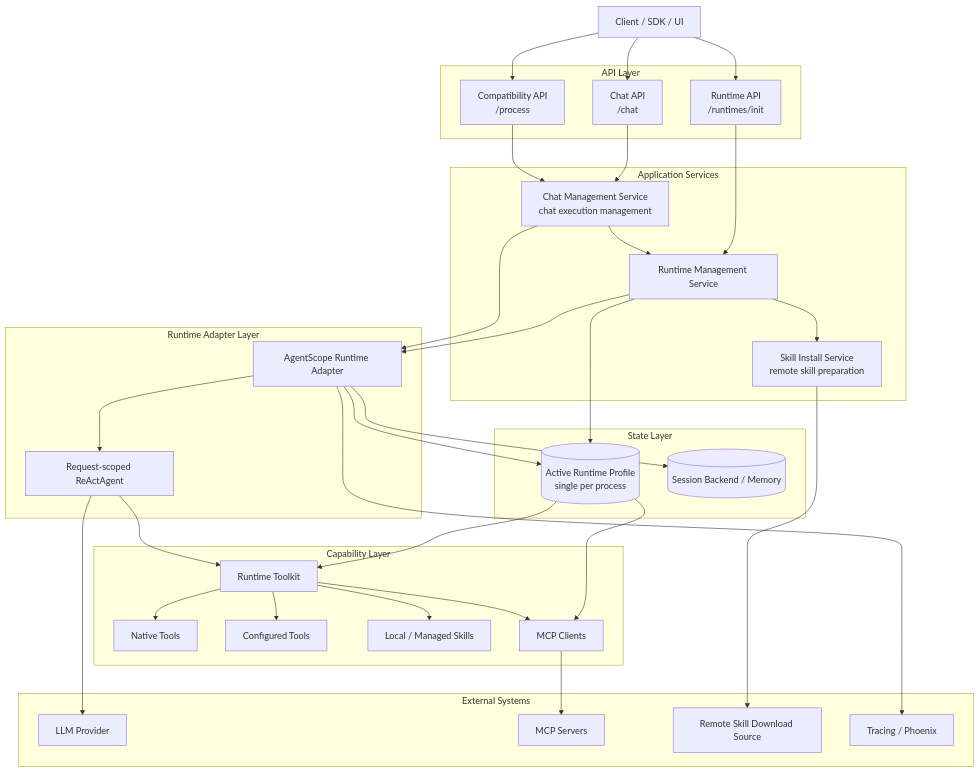
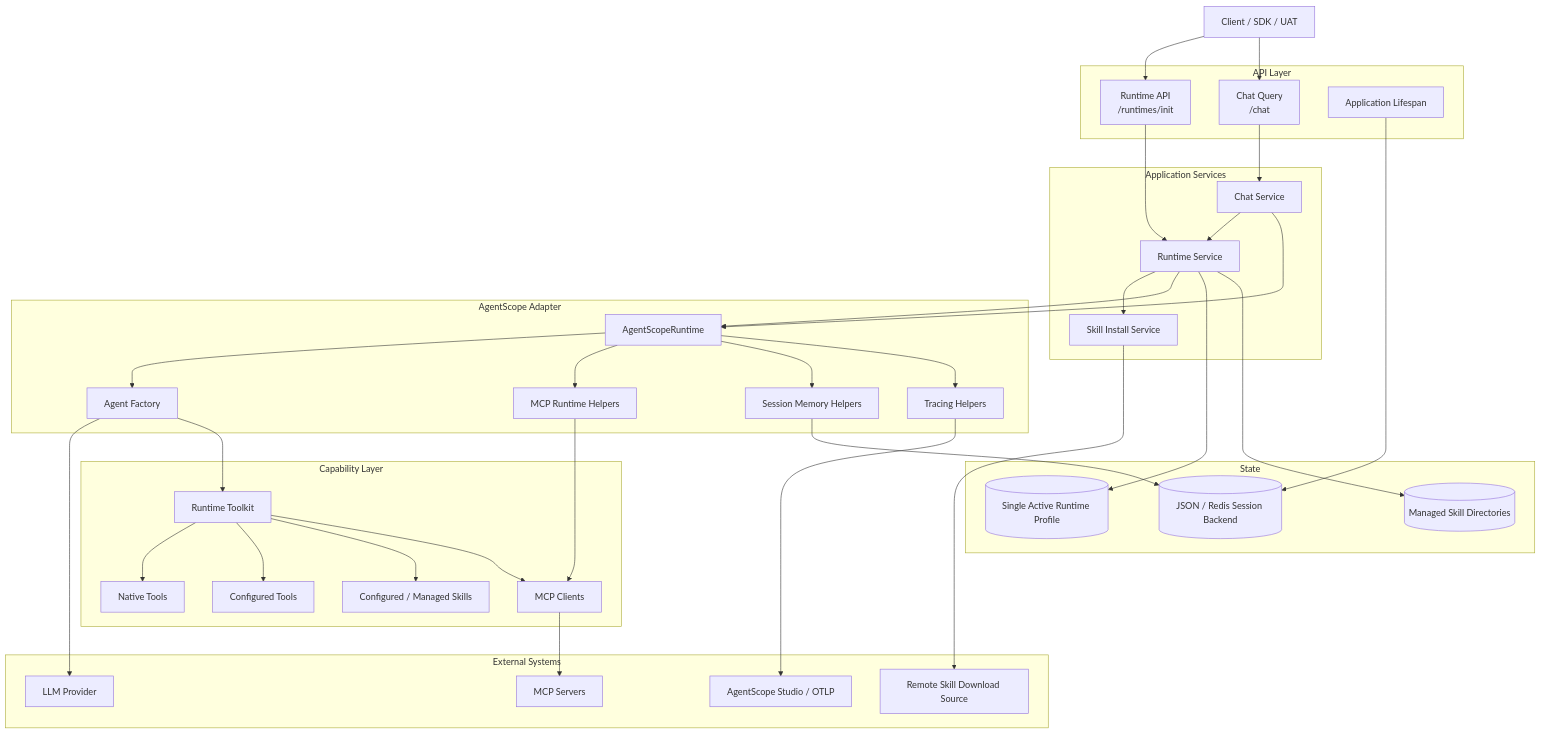
Before and after one commit to mooneclipsed/myagent: the first of 4 diagrams in docs/architecture.md, drawn with Mermaid. The commit also changed other lines of this file and 3 other files, not shown here.

Commit message:
docs: align runtime architecture

````diff
--- a/docs/architecture.md
+++ b/docs/architecture.md
@@ -9,73 +7,77 @@
 ```mermaid
 flowchart TD
-    Client[Client / SDK / UI]
+    Client[Client / SDK / UAT]
 
     subgraph API[API Layer]
         RuntimeAPI["Runtime API<br/>/runtimes/init"]
-        ChatAPI[Chat API<br/>/chat]
-        ProcessAPI[Compatibility API<br/>/process]
+        ChatAPI["Chat Query<br/>/chat"]
+        Lifespan[Application Lifespan]
     end
 
     subgraph App[Application Services]
-        RuntimeService[Runtime Management Service]
-        ChatService[Chat Management Service<br/>chat execution management]
-        SkillInstallService[Skill Install Service<br/>remote skill preparation]
+        RuntimeService[Runtime Service]
+        ChatService[Chat Service]
+        SkillInstallService[Skill Install Service]
     end
 
-    subgraph Runtime[Runtime Adapter Layer]
-        AgentScopeRuntime[AgentScope Runtime Adapter]
-        RequestAgent[Request-scoped ReActAgent]
+    subgraph Adapter[AgentScope Adapter]
+        AgentScopeRuntime[AgentScopeRuntime]
+        AgentFactory[Agent Factory]
+        MCPRuntime[MCP Runtime Helpers]
+        SessionMemory[Session Memory Helpers]
+        Tracing[Tracing Helpers]
     end
 
     subgraph Capabilities[Capability Layer]
         Toolkit[Runtime Toolkit]
         NativeTools[Native Tools]
-        ConfigTools[Configured Tools]
-        Skills[Local / Managed Skills]
+        ConfiguredTools[Configured Tools]
+        Skills[Configured / Managed Skills]
         MCPClients[MCP Clients]
     end
 
-    subgraph State[State Layer]
-        RuntimeProfile[(Active Runtime Profile<br/>single per process)]
-        SessionBackend[(Session Backend / Memory)]
+    subgraph State[State]
+        ActiveRuntime[(Single Active Runtime Profile)]
+        SessionBackend[(JSON / Redis Session Backend)]
+        ManagedSkills[(Managed Skill Directories)]
     end
 
     subgraph External[External Systems]
         LLM[LLM Provider]
         MCPServers[MCP Servers]
         SkillStore[Remote Skill Download Source]
-        Tracing[Tracing / Phoenix]
+        Studio[AgentScope Studio / OTLP]
     end
 
     Client --> RuntimeAPI
     Client --> ChatAPI
-    Client --> ProcessAPI
+    Lifespan --> SessionBackend
 
     RuntimeAPI --> RuntimeService
-    ChatAPI --> ChatService
-    ProcessAPI --> ChatService
-
     RuntimeService --> SkillInstallService
     RuntimeService --> AgentScopeRuntime
-    RuntimeService --> RuntimeProfile
+    RuntimeService --> ActiveRuntime
+    RuntimeService --> ManagedSkills
     SkillInstallService --> SkillStore
 
+    ChatAPI --> ChatService
     ChatService --> RuntimeService
     ChatService --> AgentScopeRuntime
 
-    AgentScopeRuntime --> RuntimeProfile
-    AgentScopeRuntime --> RequestAgent
-    AgentScopeRuntime --> SessionBackend
+    AgentScopeRuntime --> AgentFactory
+    AgentScopeRuntime --> MCPRuntime
+    AgentScopeRuntime --> SessionMemory
     AgentScopeRuntime --> Tracing
-    RuntimeProfile --> Toolkit
-    RuntimeProfile --> MCPClients
+
+    AgentFactory --> LLM
+    AgentFactory --> Toolkit
+    MCPRuntime --> MCPClients
+    MCPClients --> MCPServers
+    SessionMemory --> SessionBackend
+    Tracing --> Studio
 
     Toolkit --> NativeTools
-    Toolkit --> ConfigTools
+    Toolkit --> ConfiguredTools
     Toolkit --> Skills
     Toolkit --> MCPClients
-    MCPClients --> MCPServers
-
-    RequestAgent --> LLM
-    RequestAgent --> Toolkit
 ```
````
